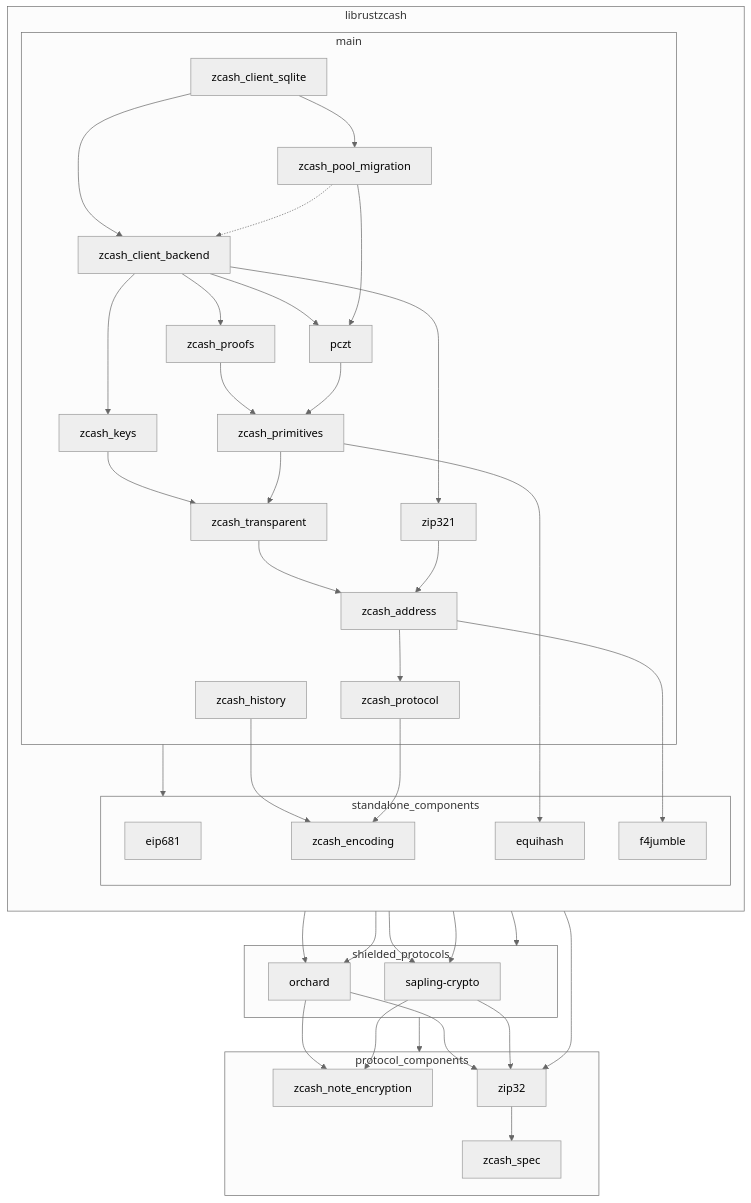
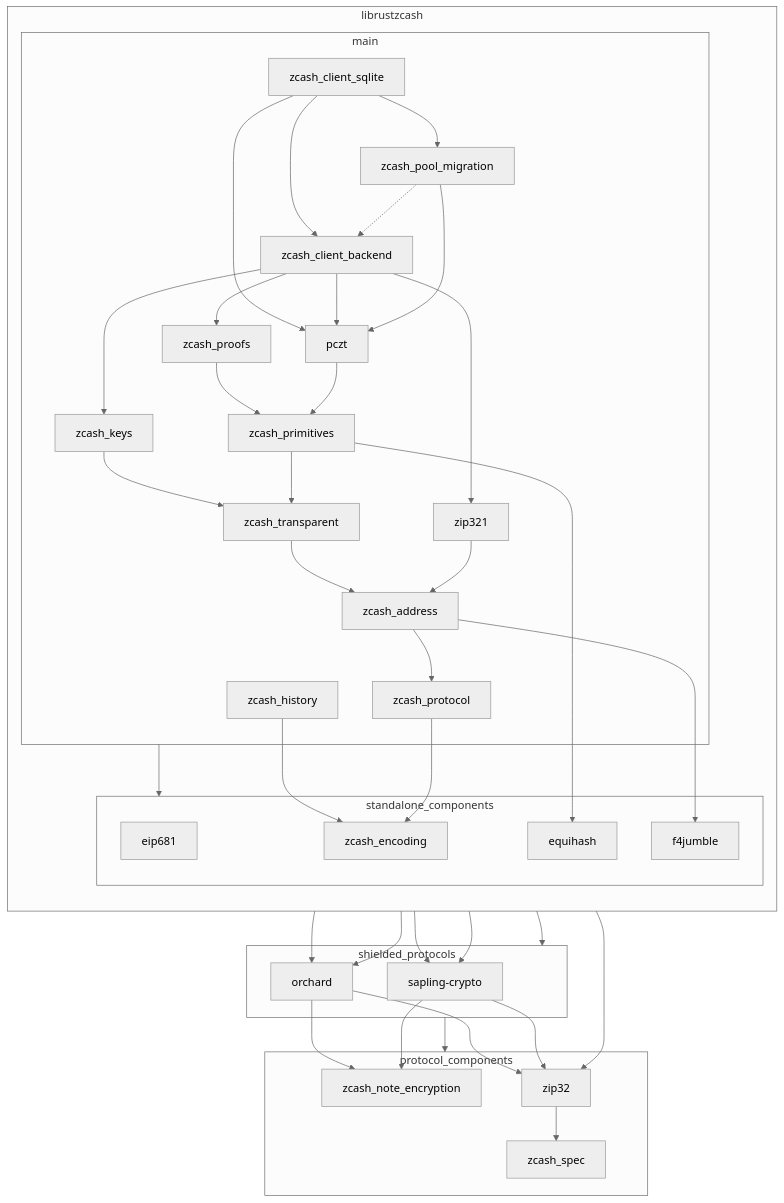
One commit to zcash/librustzcash changed the diagram in README.md. Above: the diagram before and after it, drawn with Mermaid (neutral theme). The commit also changed 13 other files, not shown here.

First line of the commit message:
zcash_pool_migration: Persist unsatisfiable_at and spend_nullifiers

```diff
--- a/README.md
+++ b/README.md
@@ -61,6 +61,10 @@
     zcash_client_sqlite --> zcash_client_backend
 
     zcash_client_sqlite --> zcash_pool_migration
+
+    %% The base `pczt` data model backs the pool-migration schema backfills, in
+    %% every build configuration.
+    zcash_client_sqlite --> pczt
 
     %% The `zcash_client_backend` dependency is gated on the `wallet` feature.
     zcash_pool_migration -.-> zcash_client_backend
```
